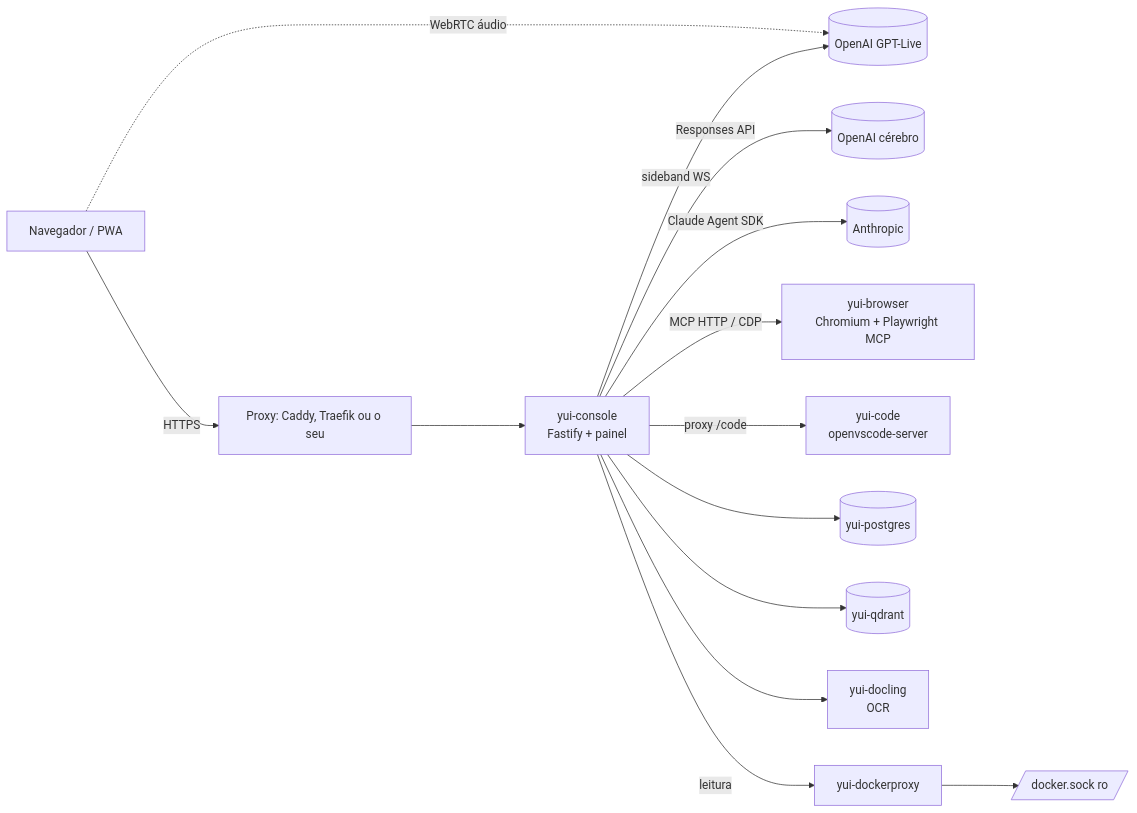
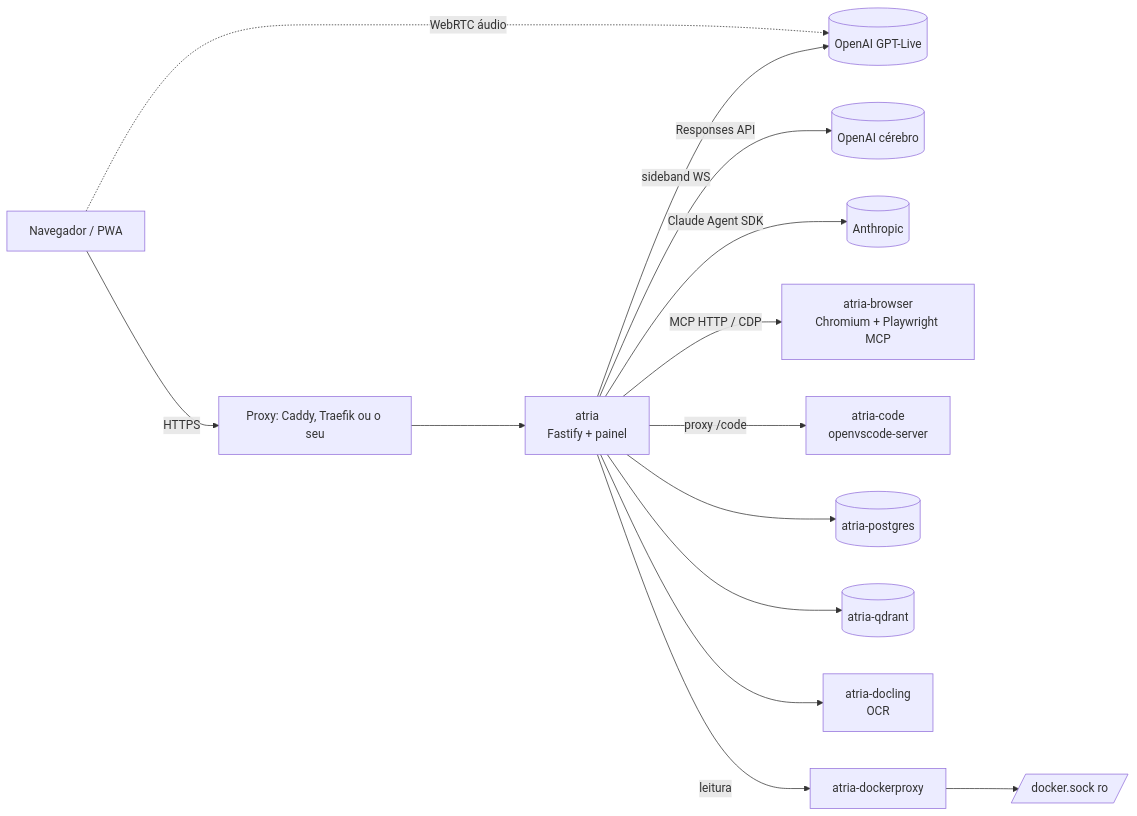
Before and after one commit to eliveutonsouza/atria-os: the diagram in docs/arquitetura.md, drawn with Mermaid. The commit also changed other lines of this file and 186 other files, not shown here.

First line of the commit message:
feat: renomeia o produto para Atria OS (a assistente continua Yui)

````diff
--- a/docs/arquitetura.md
+++ b/docs/arquitetura.md
@@ -12,15 +12,15 @@
 ```mermaid
 flowchart LR
   U[Navegador / PWA] -- HTTPS --> P[Proxy: Caddy, Traefik ou o seu]
-  P --> C[yui-console<br/>Fastify + painel]
+  P --> C[atria<br/>Fastify + painel]
   U -. WebRTC áudio .-> O[(OpenAI GPT-Live)]
   C -- sideband WS --> O
   C -- Responses API --> B[(OpenAI cérebro)]
   C -- Claude Agent SDK --> A[(Anthropic)]
-  C -- MCP HTTP / CDP --> BR[yui-browser<br/>Chromium + Playwright MCP]
-  C -- proxy /code --> VS[yui-code<br/>openvscode-server]
-  C --> PG[(yui-postgres)]
-  C --> QD[(yui-qdrant)]
-  C --> DL[yui-docling<br/>OCR]
-  C -- leitura --> DP[yui-dockerproxy] --> DS[/docker.sock ro/]
+  C -- MCP HTTP / CDP --> BR[atria-browser<br/>Chromium + Playwright MCP]
+  C -- proxy /code --> VS[atria-code<br/>openvscode-server]
+  C --> PG[(atria-postgres)]
+  C --> QD[(atria-qdrant)]
+  C --> DL[atria-docling<br/>OCR]
+  C -- leitura --> DP[atria-dockerproxy] --> DS[/docker.sock ro/]
 ```
````
